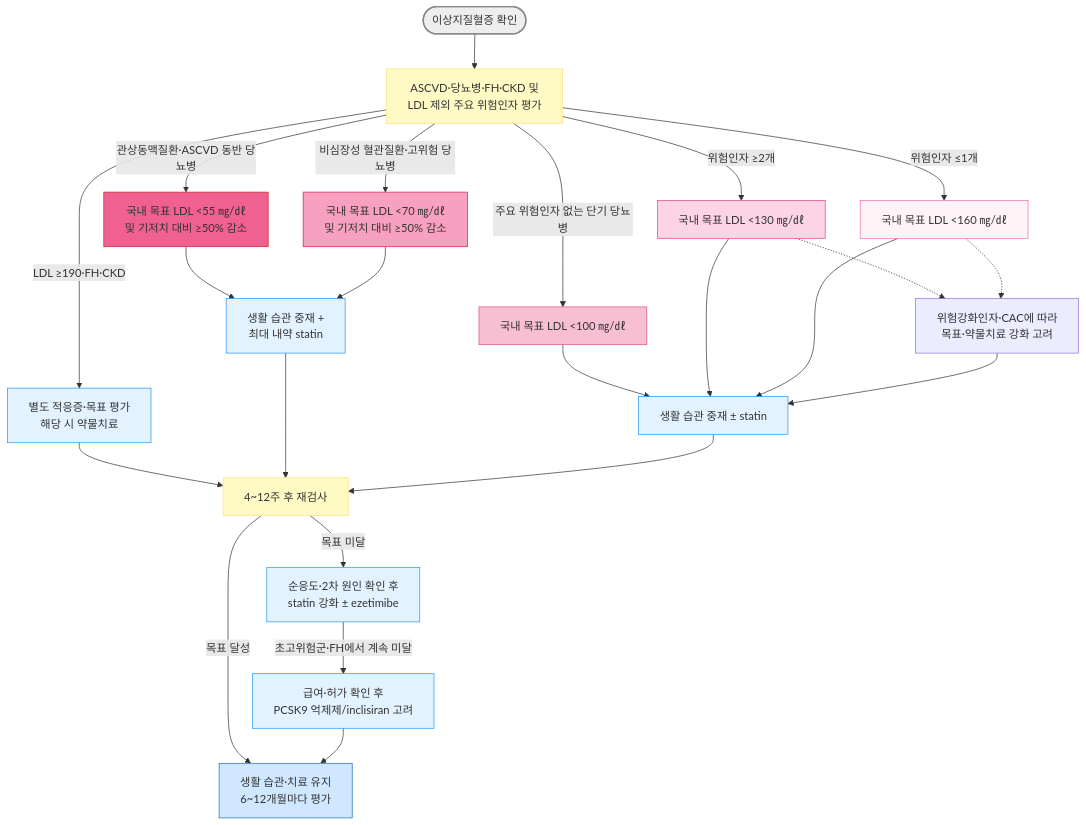
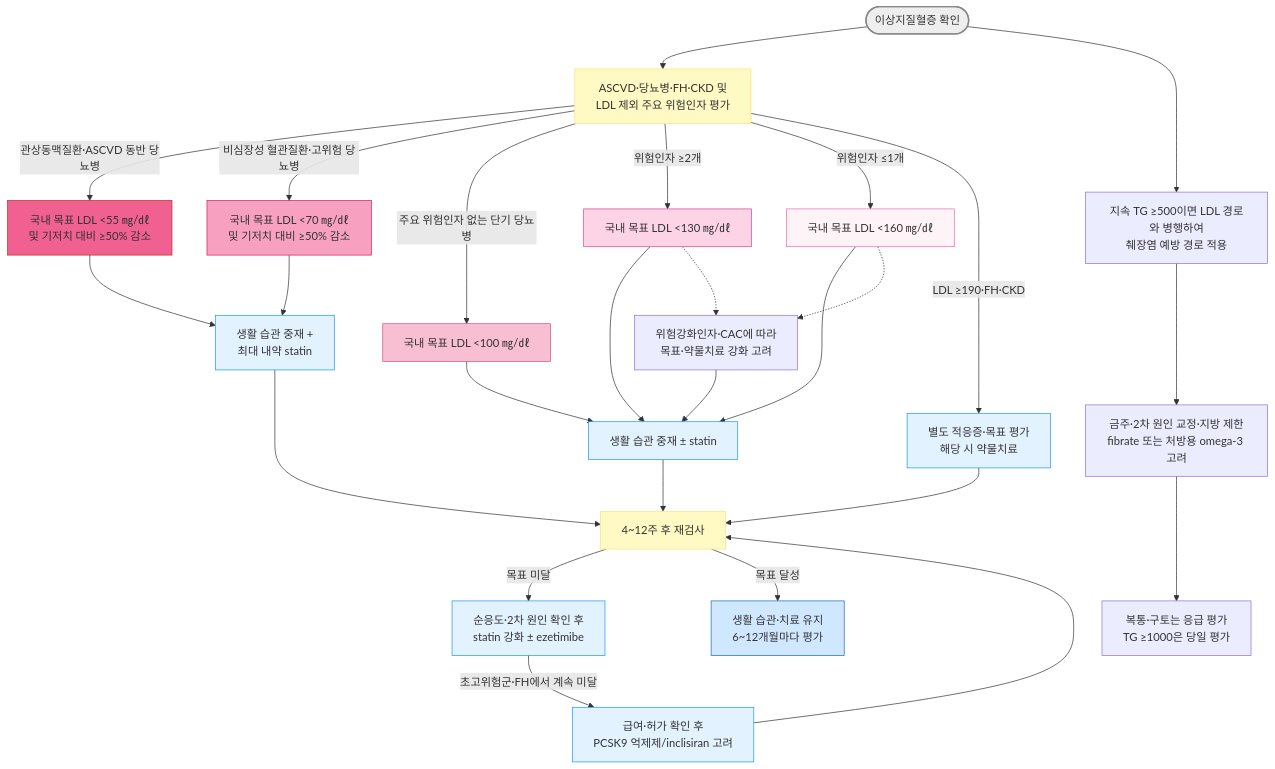
Before and after one commit to familyoh77/familyoh77: the diagram in 225_/099_-dyslipidemia.md, drawn with Mermaid. The commit also changed other lines of this file and 1 other file, not shown here.

````diff
--- a/225_/099_-dyslipidemia.md
+++ b/225_/099_-dyslipidemia.md
@@ -209,38 +210,41 @@
 ```mermaid
 graph TD
     A([이상지질혈증 확인]) --> B[ASCVD·당뇨병·FH·CKD 및<br/>LDL 제외 주요 위험인자 평가]
     B -->|관상동맥질환·ASCVD 동반 당뇨병| C[국내 목표 LDL &lt;55 ㎎/㎗<br/>및 기저치 대비 ≥50% 감소]
     B -->|비심장성 혈관질환·고위험 당뇨병| D[국내 목표 LDL &lt;70 ㎎/㎗<br/>및 기저치 대비 ≥50% 감소]
     B -->|주요 위험인자 없는 단기 당뇨병| E[국내 목표 LDL &lt;100 ㎎/㎗]
     B -->|위험인자 ≥2개| F[국내 목표 LDL &lt;130 ㎎/㎗]
     B -->|위험인자 ≤1개| G[국내 목표 LDL &lt;160 ㎎/㎗]
     B -->|LDL ≥190·FH·CKD| N[별도 적응증·목표 평가<br/>해당 시 약물치료]
     C --> H[생활 습관 중재 +<br/>최대 내약 statin]
     D --> H
     E --> I[생활 습관 중재 ± statin]
     F --> I
     G --> I
     N --> J
     H --> J[4~12주 후 재검사]
     I --> J
     J -->|목표 미달| K[순응도·2차 원인 확인 후<br/>statin 강화 ± ezetimibe]
     K -->|초고위험군·FH에서 계속 미달| L[급여·허가 확인 후<br/>PCSK9 억제제/inclisiran 고려]
     J -->|목표 달성| M[생활 습관·치료 유지<br/>6~12개월마다 평가]
-    L --> M
+    L ---> J
     F -.-> O[위험강화인자·CAC에 따라<br/>목표·약물치료 강화 고려]
     G -.-> O
     O --> I
+    A ---> P[지속 TG ≥500이면 LDL 경로와 병행하여<br/>췌장염 예방 경로 적용]
+    P ---> Q[금주·2차 원인 교정·지방 제한<br/>fibrate 또는 처방용 omega-3 고려]
+    Q ---> R[복통·구토는 응급 평가<br/>TG ≥1000은 당일 평가]
 
 style A fill:#eeeeee,stroke:#888888,stroke-width:2px
 classDef yellow fill:#fff9c4,stroke:#ffe082
 class B,J,K yellow
 style G fill:#fef4f8,stroke:#f06baf
 style F fill:#fcd4e6,stroke:#e0448e
 style E fill:#f8bfd3,stroke:#d94f83
 style D fill:#f8a0c0,stroke:#d01f5a
 style C fill:#f06090,stroke:#c62828
 classDef sky fill:#e3f2ff,stroke:#2196f3
 class H,I,K,L,N sky
 style M fill:#d0e8ff,stroke:#1a6abf
 
 ```
````
